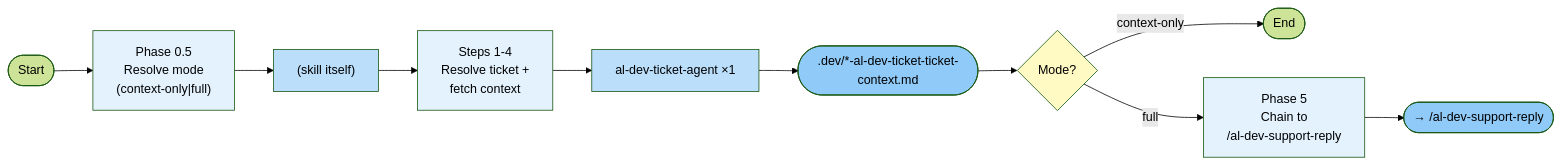
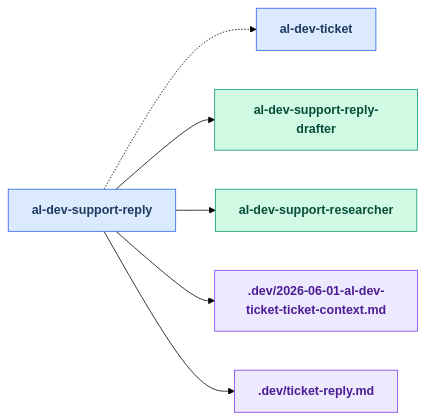
One commit to russell-laing/al-dev-shared changed the third of 25 diagrams in docs/al-dev-skills-map.md. Above: the diagram before and after it, drawn with Mermaid (forest theme). The commit also changed other lines of this file and 8 other files, not shown here.

````diff
--- a/docs/al-dev-skills-map.md
+++ b/docs/al-dev-skills-map.md
@@ -117,22 +138,27 @@
 ```mermaid
 flowchart LR
-    Start([Start]) --> Phase05["Phase 0.5<br/>Resolve mode<br/>(context-only|full)"]
-    Phase05 --> SkillWork05["(skill itself)"]
-    SkillWork05 --> Phase1["Steps 1-4<br/>Resolve ticket +<br/>fetch context"]
-    Phase1 --> Agent1["al-dev-ticket-agent ×1"]
-    Agent1 --> Output1F([".dev/*-al-dev-ticket-ticket-context.md"])
-    Output1F --> Phase5{Mode?}
+    classDef skillNode fill:#dbeafe,stroke:#2563eb,color:#1e3a5f,font-weight:bold
+    classDef agentNode fill:#d1fae5,stroke:#059669,color:#064e3b,font-weight:bold
+    classDef knowledgeNode fill:#fef3c7,stroke:#d97706,color:#78350f,font-weight:bold
+    classDef artifactNode fill:#ede9fe,stroke:#7c3aed,color:#4c1d95,font-weight:bold
 
-    Phase5 -->|context-only| End1([End])
-    Phase5 -->|full| Chain["Phase 5<br/>Chain to<br/>/al-dev-support-reply"]
-    Chain --> End2(["→ /al-dev-support-reply"])
+    skill_al_dev_support_reply[al-dev-support-reply]
+    skill_al_dev_ticket[al-dev-ticket]
+    agent_al_dev_support_reply_drafter[al-dev-support-reply-drafter]
+    agent_al_dev_support_researcher[al-dev-support-researcher]
+    artifact_2026_06_01_al_dev_ticket_ticket_context_md[.dev/2026-06-01-al-dev-ticket-ticket-context.md]
+    artifact_ticket_reply_md[.dev/ticket-reply.md]
 
-    style Phase05 fill:#e3f2fd
-    style Phase1 fill:#e3f2fd
-    style Phase5 fill:#fff9c4
-    style Chain fill:#e3f2fd
-    style SkillWork05 fill:#bbdefb
-    style Agent1 fill:#bbdefb
-    style Output1F fill:#90caf9
-    style End2 fill:#90caf9
+    skill_al_dev_support_reply -.-> skill_al_dev_ticket
+    skill_al_dev_support_reply --> agent_al_dev_support_reply_drafter
+    skill_al_dev_support_reply --> agent_al_dev_support_researcher
+    skill_al_dev_support_reply --> artifact_2026_06_01_al_dev_ticket_ticket_context_md
+    skill_al_dev_support_reply --> artifact_ticket_reply_md
+
+    class skill_al_dev_support_reply skillNode
+    class skill_al_dev_ticket skillNode
+    class agent_al_dev_support_reply_drafter agentNode
+    class agent_al_dev_support_researcher agentNode
+    class artifact_2026_06_01_al_dev_ticket_ticket_context_md artifactNode
+    class artifact_ticket_reply_md artifactNode
 ```
````
